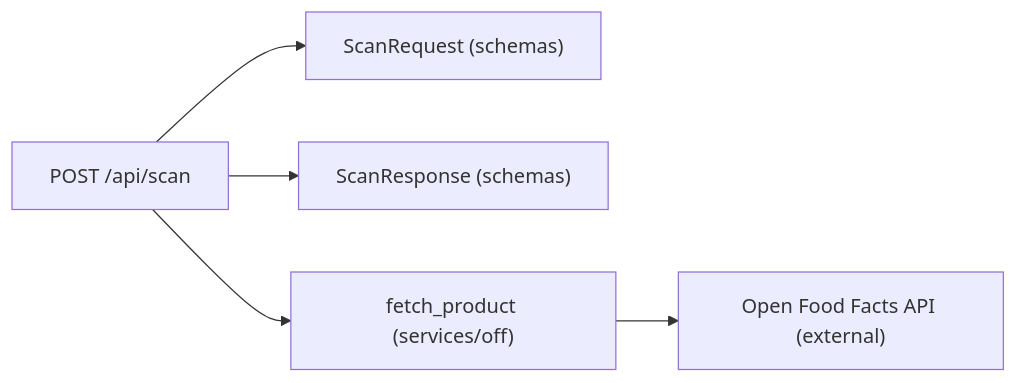
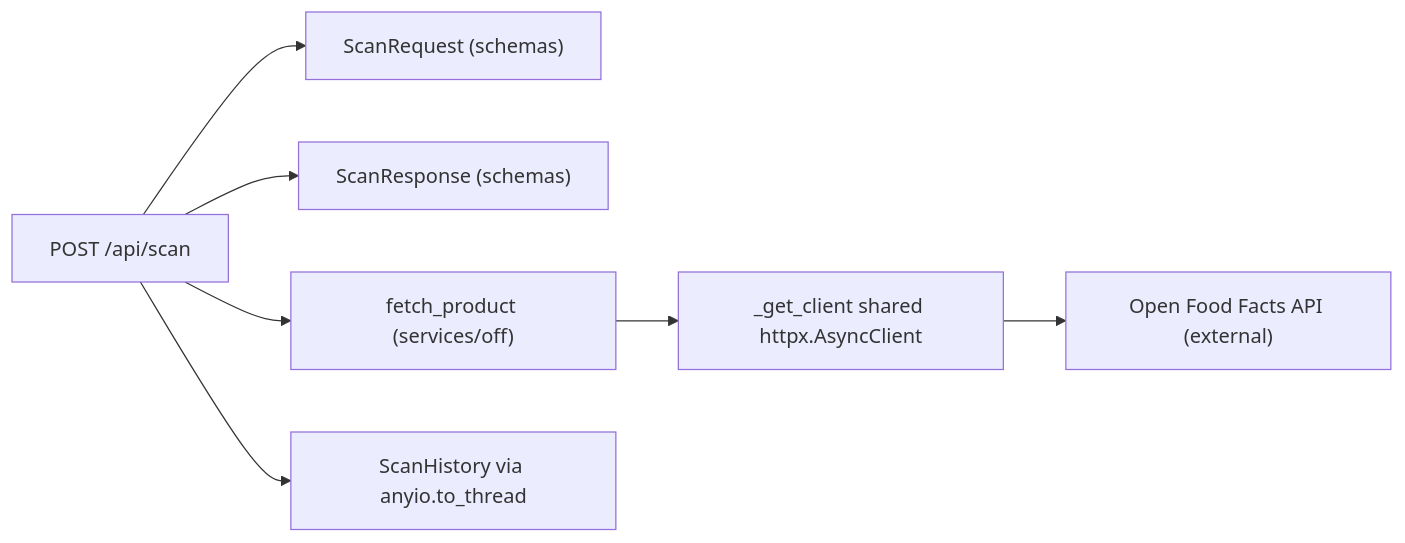
The first of 2 diagrams in wiki/modules/backend-routes-scan.md (lorecanc/dispensapp), drawn with Mermaid before and after one commit. The commit also changed other lines of this file and 55 other files, not shown here.

````diff
--- a/wiki/modules/backend-routes-scan.md
+++ b/wiki/modules/backend-routes-scan.md
@@ -55,7 +53,9 @@
 ```mermaid
 graph LR
     ScanRoute["POST /api/scan"] --> ScanRequest["ScanRequest (schemas)"]
     ScanRoute --> ScanResponse["ScanResponse (schemas)"]
     ScanRoute --> fetch_product["fetch_product (services/off)"]
-    fetch_product --> OFF["Open Food Facts API (external)"]
+    fetch_product --> SharedClient["_get_client shared httpx.AsyncClient"]
+    SharedClient --> OFF["Open Food Facts API (external)"]
+    ScanRoute --> ScanHistory["ScanHistory via anyio.to_thread"]
 ```
````
